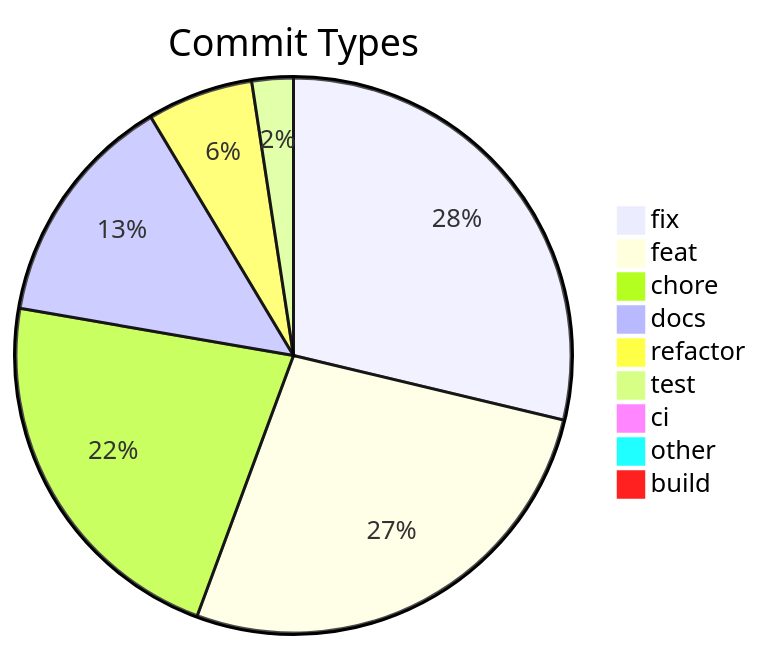
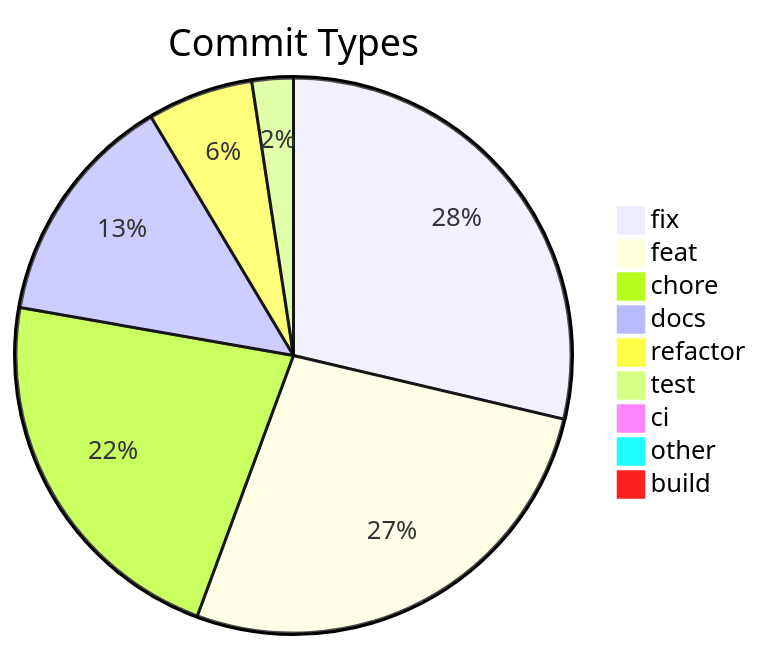
The diagram in .shipwright/compliance/change-history.md (svenroth-ai/shipwright), drawn with Mermaid before and after one commit. The commit also changed other lines of this file and 18 other files, not shown here.

````diff
--- a/.shipwright/compliance/change-history.md
+++ b/.shipwright/compliance/change-history.md
@@ -8,12 +8,12 @@
 ```mermaid
 pie title Commit Types
     "fix" : 298
-    "feat" : 279
-    "chore" : 229
+    "feat" : 280
+    "chore" : 230
     "docs" : 142
     "refactor" : 64
     "test" : 25
     "ci" : 7
     "other" : 7
     "build" : 1
 ```
````
